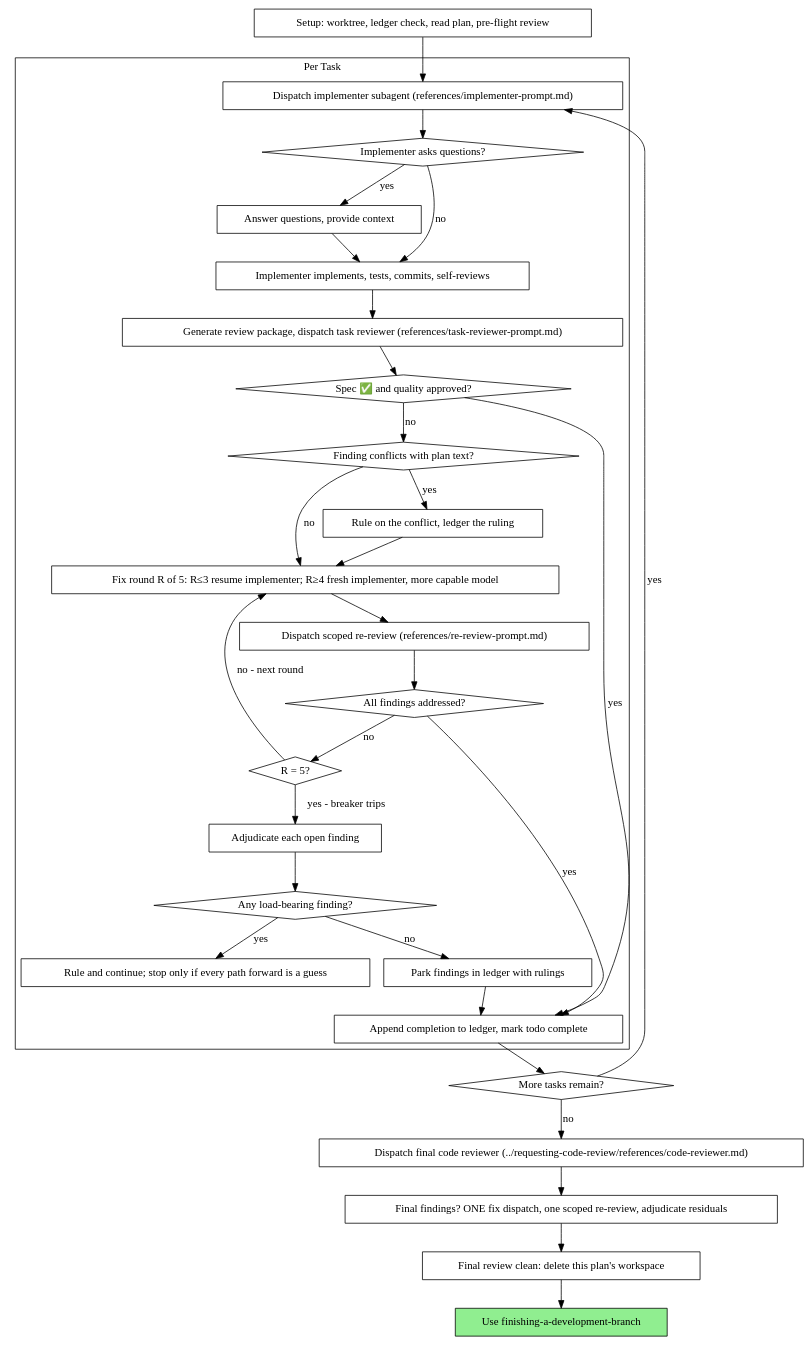
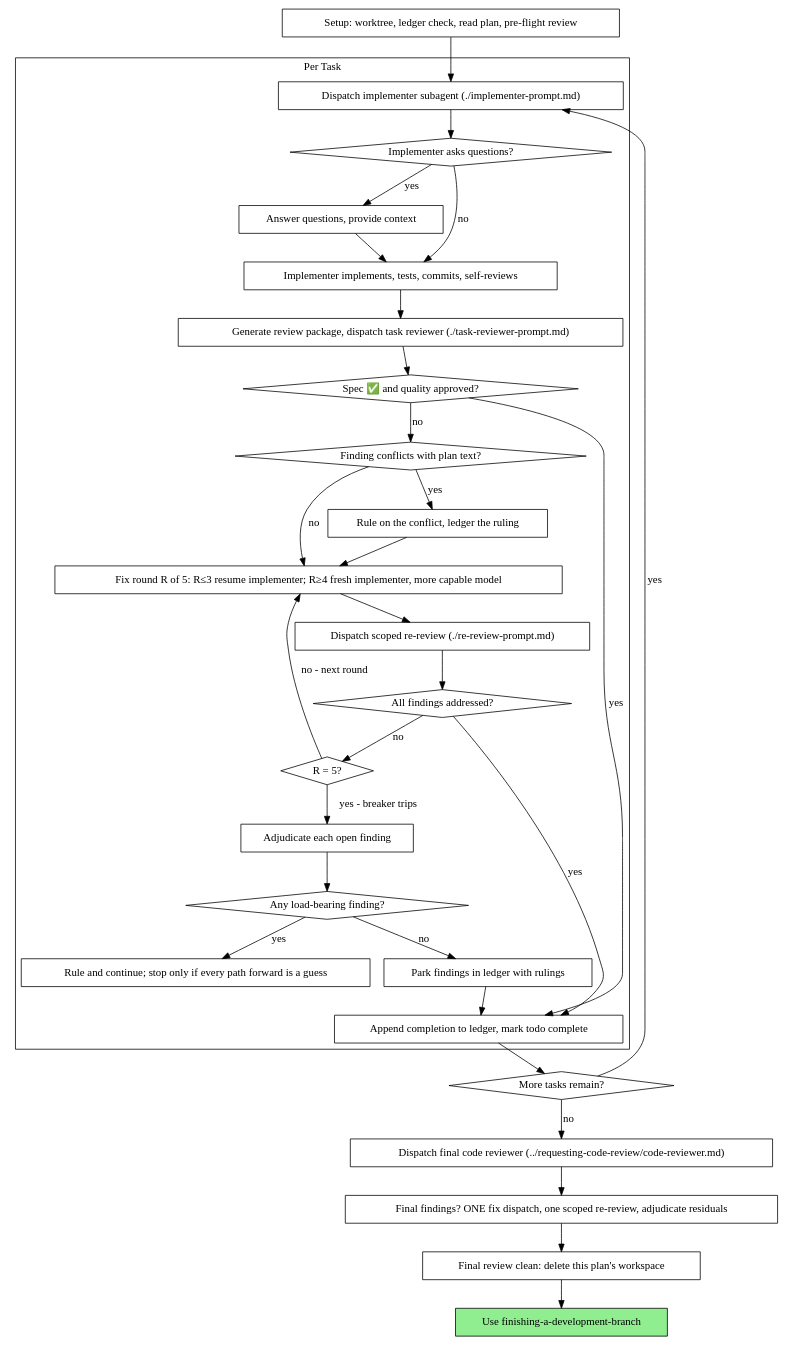
The second of 2 diagrams in .agents/skills/subagent-driven-development/SKILL.md (FoE-Info/FoE-Info-Extension), drawn with Graphviz before and after one commit. The commit also changed other lines of this file and 726 other files, not shown here.

````diff
--- a/.agents/skills/subagent-driven-development/SKILL.md
+++ b/.agents/skills/subagent-driven-development/SKILL.md
@@ -61,62 +61,62 @@
 ```dot
 digraph process {
     rankdir=TB;
 
     subgraph cluster_per_task {
         label="Per Task";
-        "Dispatch implementer subagent (references/implementer-prompt.md)" [shape=box];
+        "Dispatch implementer subagent (./implementer-prompt.md)" [shape=box];
         "Implementer asks questions?" [shape=diamond];
         "Answer questions, provide context" [shape=box];
         "Implementer implements, tests, commits, self-reviews" [shape=box];
-        "Generate review package, dispatch task reviewer (references/task-reviewer-prompt.md)" [shape=box];
+        "Generate review package, dispatch task reviewer (./task-reviewer-prompt.md)" [shape=box];
         "Spec ✅ and quality approved?" [shape=diamond];
         "Finding conflicts with plan text?" [shape=diamond];
         "Rule on the conflict, ledger the ruling" [shape=box];
         "Fix round R of 5: R≤3 resume implementer; R≥4 fresh implementer, more capable model" [shape=box];
-        "Dispatch scoped re-review (references/re-review-prompt.md)" [shape=box];
+        "Dispatch scoped re-review (./re-review-prompt.md)" [shape=box];
         "All findings addressed?" [shape=diamond];
         "R = 5?" [shape=diamond];
         "Adjudicate each open finding" [shape=box];
         "Any load-bearing finding?" [shape=diamond];
         "Rule and continue; stop only if every path forward is a guess" [shape=box];
         "Park findings in ledger with rulings" [shape=box];
         "Append completion to ledger, mark todo complete" [shape=box];
     }
 
     "Setup: worktree, ledger check, read plan, pre-flight review" [shape=box];
     "More tasks remain?" [shape=diamond];
-    "Dispatch final code reviewer (../requesting-code-review/references/code-reviewer.md)" [shape=box];
+    "Dispatch final code reviewer (../requesting-code-review/code-reviewer.md)" [shape=box];
     "Final findings? ONE fix dispatch, one scoped re-review, adjudicate residuals" [shape=box];
     "Final review clean: delete this plan's workspace" [shape=box];
     "Use finishing-a-development-branch" [shape=box style=filled fillcolor=lightgreen];
 
-    "Setup: worktree, ledger check, read plan, pre-flight review" -> "Dispatch implementer subagent (references/implementer-prompt.md)";
-    "Dispatch implementer subagent (references/implementer-prompt.md)" -> "Implementer asks questions?";
+    "Setup: worktree, ledger check, read plan, pre-flight review" -> "Dispatch implementer subagent (./implementer-prompt.md)";
+    "Dispatch implementer subagent (./implementer-prompt.md)" -> "Implementer asks questions?";
     "Implementer asks questions?" -> "Answer questions, provide context" [label="yes"];
     "Answer questions, provide context" -> "Implementer implements, tests, commits, self-reviews";
     "Implementer asks questions?" -> "Implementer implements, tests, commits, self-reviews" [label="no"];
-    "Implementer implements, tests, commits, self-reviews" -> "Generate review package, dispatch task reviewer (references/task-reviewer-prompt.md)";
-    "Generate review package, dispatch task reviewer (references/task-reviewer-prompt.md)" -> "Spec ✅ and quality approved?";
+    "Implementer implements, tests, commits, self-reviews" -> "Generate review package, dispatch task reviewer (./task-reviewer-prompt.md)";
+    "Generate review package, dispatch task reviewer (./task-reviewer-prompt.md)" -> "Spec ✅ and quality approved?";
     "Spec ✅ and quality approved?" -> "Append completion to ledger, mark todo complete" [label="yes"];
     "Spec ✅ and quality approved?" -> "Finding conflicts with plan text?" [label="no"];
     "Finding conflicts with plan text?" -> "Rule on the conflict, ledger the ruling" [label="yes"];
     "Rule on the conflict, ledger the ruling" -> "Fix round R of 5: R≤3 resume implementer; R≥4 fresh implementer, more capable model";
     "Finding conflicts with plan text?" -> "Fix round R of 5: R≤3 resume implementer; R≥4 fresh implementer, more capable model" [label="no"];
-    "Fix round R of 5: R≤3 resume implementer; R≥4 fresh implementer, more capable model" -> "Dispatch scoped re-review (references/re-review-prompt.md)";
-    "Dispatch scoped re-review (references/re-review-prompt.md)" -> "All findings addressed?";
+    "Fix round R of 5: R≤3 resume implementer; R≥4 fresh implementer, more capable model" -> "Dispatch scoped re-review (./re-review-prompt.md)";
+    "Dispatch scoped re-review (./re-review-prompt.md)" -> "All findings addressed?";
     "All findings addressed?" -> "Append completion to ledger, mark todo complete" [label="yes"];
     "All findings addressed?" -> "R = 5?" [label="no"];
     "R = 5?" -> "Fix round R of 5: R≤3 resume implementer; R≥4 fresh implementer, more capable model" [label="no - next round"];
     "R = 5?" -> "Adjudicate each open finding" [label="yes - breaker trips"];
     "Adjudicate each open finding" -> "Any load-bearing finding?";
     "Any load-bearing finding?" -> "Rule and continue; stop only if every path forward is a guess" [label="yes"];
     "Any load-bearing finding?" -> "Park findings in ledger with rulings" [label="no"];
     "Park findings in ledger with rulings" -> "Append completion to ledger, mark todo complete";
     "Append completion to ledger, mark todo complete" -> "More tasks remain?";
-    "More tasks remain?" -> "Dispatch implementer subagent (references/implementer-prompt.md)" [label="yes"];
-    "More tasks remain?" -> "Dispatch final code reviewer (../requesting-code-review/references/code-reviewer.md)" [label="no"];
-    "Dispatch final code reviewer (../requesting-code-review/references/code-reviewer.md)" -> "Final findings? ONE fix dispatch, one scoped re-review, adjudicate residuals";
+    "More tasks remain?" -> "Dispatch implementer subagent (./implementer-prompt.md)" [label="yes"];
+    "More tasks remain?" -> "Dispatch final code reviewer (../requesting-code-review/code-reviewer.md)" [label="no"];
+    "Dispatch final code reviewer (../requesting-code-review/code-reviewer.md)" -> "Final findings? ONE fix dispatch, one scoped re-review, adjudicate residuals";
     "Final findings? ONE fix dispatch, one scoped re-review, adjudicate residuals" -> "Final review clean: delete this plan's workspace";
     "Final review clean: delete this plan's workspace" -> "Use finishing-a-development-branch";
 }
 ```
````
